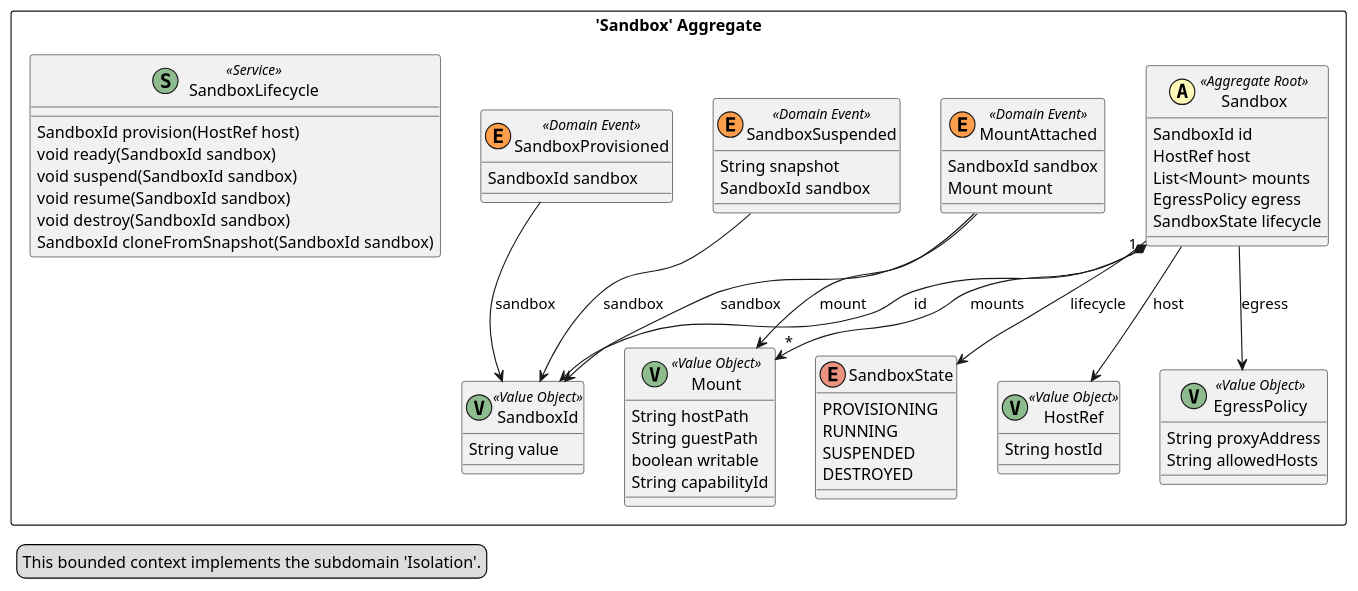
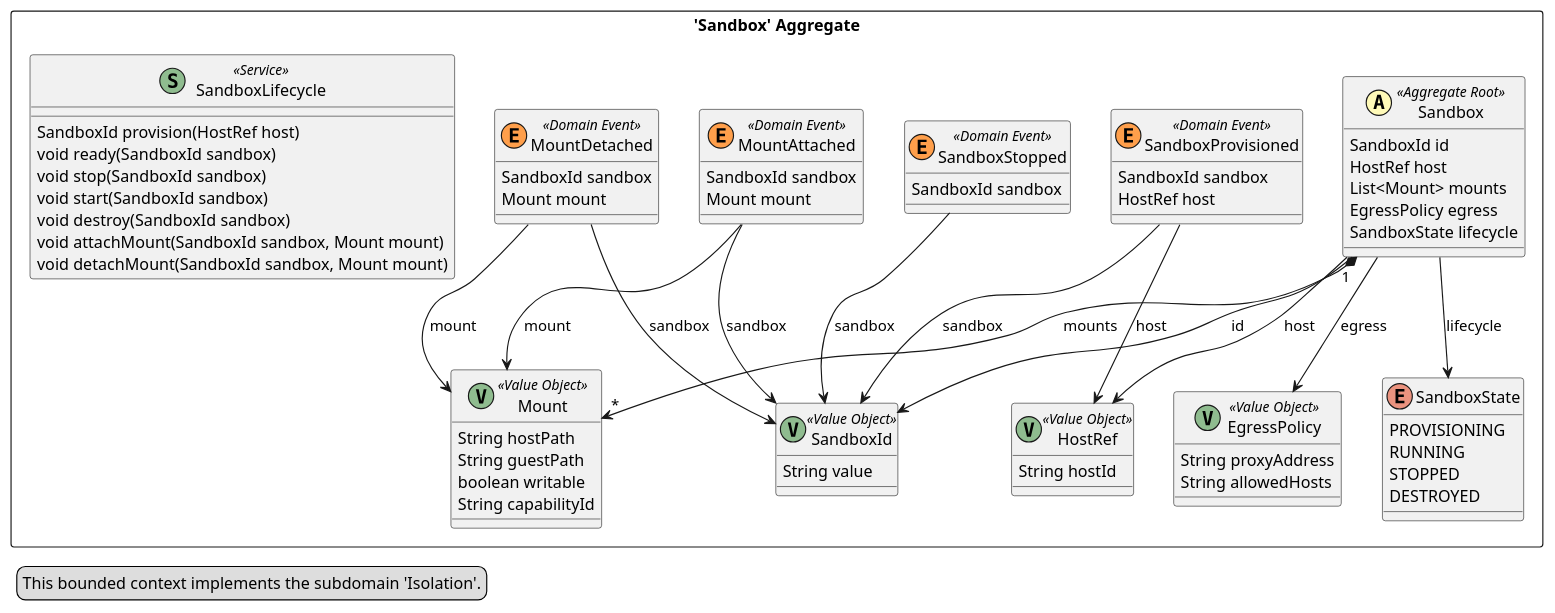
One commit to phibkro/agent-hypervisor changed the diagram in domain/out/agent-hypervisor_BC_Isolation.puml. Above: the diagram before and after it, drawn with PlantUML. The commit also changed 10 other files, not shown here.

First line of the commit message:
Domain model draft 3: fork from checkpoint, stop instead of snapshot, hot-plug grants, multi-host roles

```diff
--- a/domain/out/agent-hypervisor_BC_Isolation.puml
+++ b/domain/out/agent-hypervisor_BC_Isolation.puml
@@ -1,69 +1,77 @@
 @startuml
 
 skinparam componentStyle uml2
 
 package "'Sandbox' Aggregate" <<Rectangle>> {
 	class Sandbox <<(A,#fffab8) Aggregate Root>> {
 		SandboxId id
 		HostRef host
 		List<Mount> mounts
 		EgressPolicy egress
 		SandboxState lifecycle
 	}
 	class SandboxId <<(V,DarkSeaGreen) Value Object>> {
 		String value
 	}
 	class HostRef <<(V,DarkSeaGreen) Value Object>> {
 		String hostId
 	}
 	class Mount <<(V,DarkSeaGreen) Value Object>> {
 		String hostPath
 		String guestPath
 		boolean writable
 		String capabilityId
 	}
 	class EgressPolicy <<(V,DarkSeaGreen) Value Object>> {
 		String proxyAddress
 		String allowedHosts
 	}
 	enum SandboxState {
 		PROVISIONING
 		RUNNING
-		SUSPENDED
+		STOPPED
 		DESTROYED
 	}
 	class SandboxProvisioned <<(E,#ff9f4b) Domain Event>> {
 		SandboxId sandbox
+		HostRef host
 	}
-	class SandboxSuspended <<(E,#ff9f4b) Domain Event>> {
-		String snapshot
+	class SandboxStopped <<(E,#ff9f4b) Domain Event>> {
 		SandboxId sandbox
 	}
 	class MountAttached <<(E,#ff9f4b) Domain Event>> {
 		SandboxId sandbox
 		Mount mount
 	}
+	class MountDetached <<(E,#ff9f4b) Domain Event>> {
+		SandboxId sandbox
+		Mount mount
+	}
 	class SandboxLifecycle <<(S,DarkSeaGreen) Service>> {
 		SandboxId provision(HostRef host)
 		void ready(SandboxId sandbox)
-		void suspend(SandboxId sandbox)
-		void resume(SandboxId sandbox)
+		void stop(SandboxId sandbox)
+		void start(SandboxId sandbox)
 		void destroy(SandboxId sandbox)
-		SandboxId cloneFromSnapshot(SandboxId sandbox)
+		void attachMount(SandboxId sandbox, Mount mount)
+		void detachMount(SandboxId sandbox, Mount mount)
 	}
 }
 Sandbox --> HostRef : host
 Sandbox --> SandboxState : lifecycle
 SandboxProvisioned --> SandboxId : sandbox
+SandboxProvisioned --> HostRef : host
 Sandbox --> SandboxId : id
 Sandbox "1" *--> "*" Mount : mounts
 MountAttached --> SandboxId : sandbox
+MountDetached --> Mount : mount
 Sandbox --> EgressPolicy : egress
-SandboxSuspended --> SandboxId : sandbox
+SandboxStopped --> SandboxId : sandbox
 MountAttached --> Mount : mount
+MountDetached --> SandboxId : sandbox
 legend left
   This bounded context implements the subdomain 'Isolation'.
 end legend
 
 
 @enduml
```
